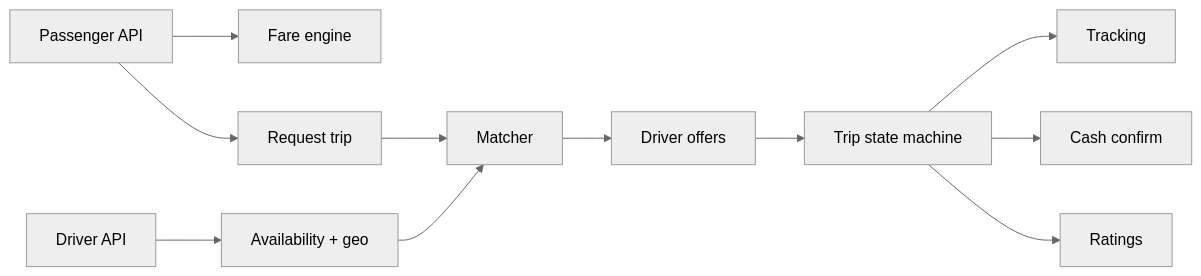
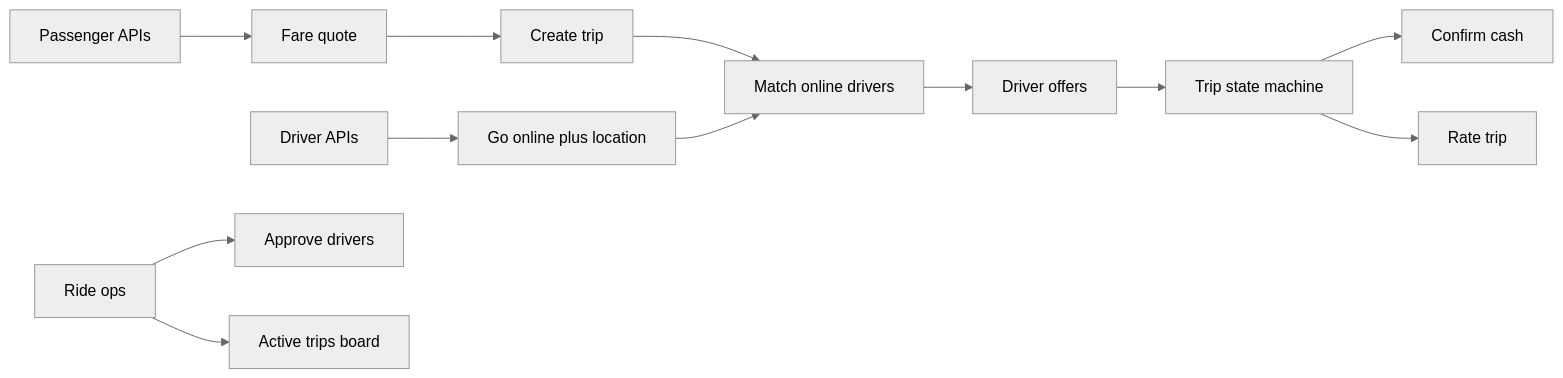
The fifth of 12 diagrams in docs/architecture.md (zewdnehnathan/maekel), drawn with Mermaid (neutral theme) before and after one commit. The commit also changed other lines of this file and 41 other files, not shown here.

````diff
--- a/docs/architecture.md
+++ b/docs/architecture.md
@@ -316,13 +230,14 @@
 ```mermaid
 flowchart LR
-  P[Passenger API] --> Quote[Fare engine]
-  P --> Req[Request trip]
-  Req --> Match[Matcher]
-  Match --> Offers[Driver offers]
-  Offers --> Trip[Trip state machine]
-  D[Driver API] --> Avail[Availability + geo]
-  Avail --> Match
-  Trip --> Track[Tracking]
-  Trip --> Pay[Cash confirm]
-  Trip --> Rate[Ratings]
+  Passenger[Passenger APIs] --> Quote[Fare quote]
+  Quote --> TripReq[Create trip]
+  TripReq --> Match[Match online drivers]
+  Match --> Offer[Driver offers]
+  Offer --> Trip[Trip state machine]
+  Driver[Driver APIs] --> Online[Go online plus location]
+  Online --> Match
+  Trip --> Cash[Confirm cash]
+  Trip --> Rate[Rate trip]
+  Ops[Ride ops] --> Drivers[Approve drivers]
+  Ops --> Live[Active trips board]
 ```
````
